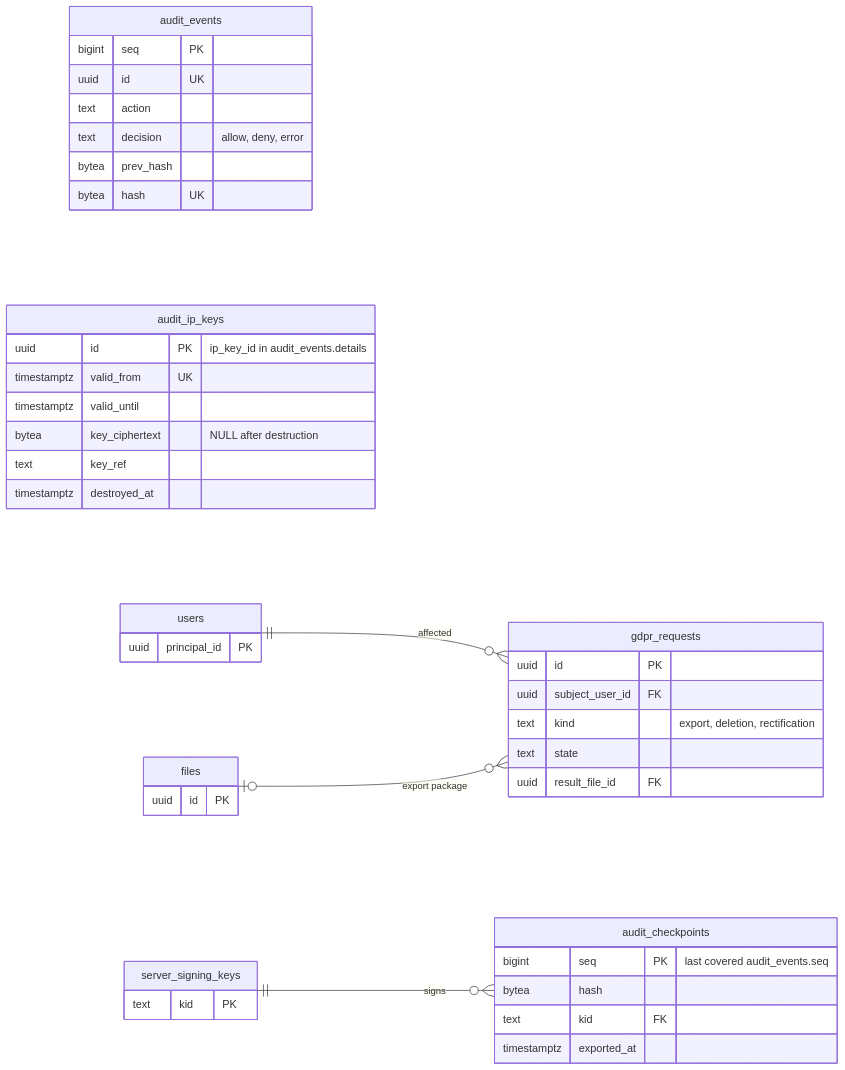
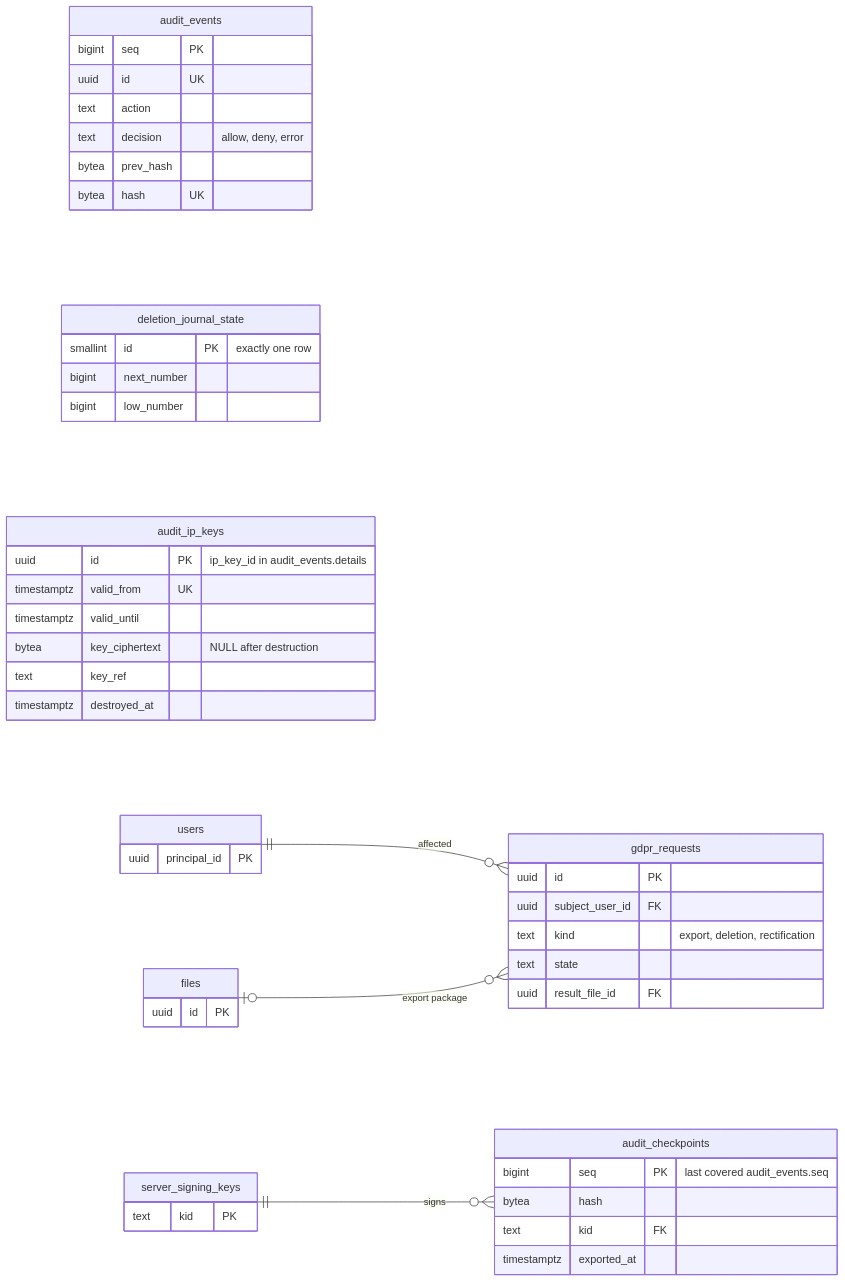
Before and after one commit to mguttmann/bothy: the diagram in docs/architecture/erd-8-audit-privacy.mmd, drawn with Mermaid. The commit also changed 40 other files, not shown here.

```diff
--- a/docs/architecture/erd-8-audit-privacy.mmd
+++ b/docs/architecture/erd-8-audit-privacy.mmd
@@ -1,50 +1,55 @@
 %% ERD part 8: modules audit and privacy. Source: 03-data-model.md, 4.12. audit_events and
 %% audit_ip_keys deliberately have no foreign keys; audit_events.details.ip_key_id refers
 %% only logically to audit_ip_keys.id.
 %% Pure log columns (created_by, updated_by and similar) point to principals(id) and
 %% are not drawn as a relationship.
 %% Tables of other modules only with their key.
 erDiagram
   direction LR
   audit_events {
     bigint seq PK
     uuid id UK
     text action
     text decision "allow, deny, error"
     bytea prev_hash
     bytea hash UK
   }
   audit_checkpoints {
     bigint seq PK "last covered audit_events.seq"
     bytea hash
     text kid FK
     timestamptz exported_at
   }
   gdpr_requests {
     uuid id PK
     uuid subject_user_id FK
     text kind "export, deletion, rectification"
     text state
     uuid result_file_id FK
   }
+  deletion_journal_state {
+    smallint id PK "exactly one row"
+    bigint next_number
+    bigint low_number
+  }
   audit_ip_keys {
     uuid id PK "ip_key_id in audit_events.details"
     timestamptz valid_from UK
     timestamptz valid_until
     bytea key_ciphertext "NULL after destruction"
     text key_ref
     timestamptz destroyed_at
   }
   users {
     uuid principal_id PK
   }
   files {
     uuid id PK
   }
   server_signing_keys {
     text kid PK
   }
 
   server_signing_keys ||--o{ audit_checkpoints : "signs"
   users ||--o{ gdpr_requests : "affected"
   files |o--o{ gdpr_requests : "export package"
```
